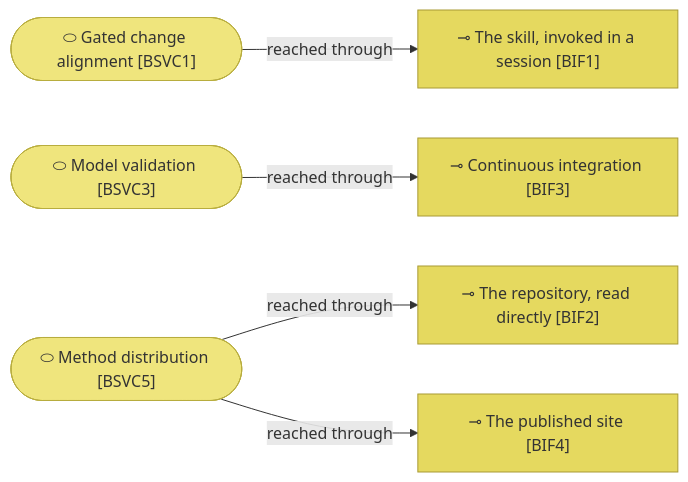
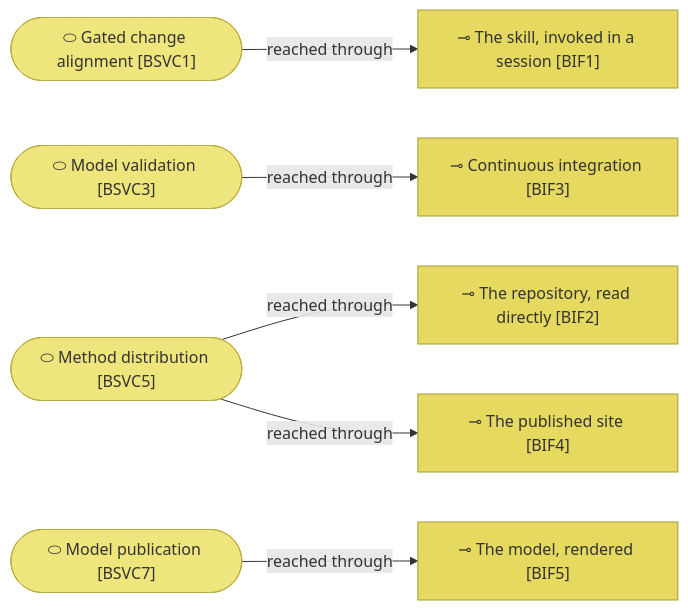
One commit to roanboc/architecture-archreator changed the third of 3 diagrams in product-archreator/architecture/2_business/2_business-services.md. Above: the diagram before and after it, drawn with Mermaid. The commit also changed other lines of this file and 9 other files, not shown here.

````diff
--- a/product-archreator/architecture/2_business/2_business-services.md
+++ b/product-archreator/architecture/2_business/2_business-services.md
@@ -84,19 +88,22 @@
 ```mermaid
 flowchart LR
   bif1["⊸ The skill, invoked in a session [BIF1]"]:::interface
   bif2["⊸ The repository, read directly [BIF2]"]:::interface
   bif3["⊸ Continuous integration [BIF3]"]:::interface
   bif4["⊸ The published site [BIF4]"]:::interface
+  bif5["⊸ The model, rendered [BIF5]"]:::interface
 
   bsvc1(["⬭ Gated change alignment [BSVC1]"]):::service
   bsvc3(["⬭ Model validation [BSVC3]"]):::service
   bsvc5(["⬭ Method distribution [BSVC5]"]):::service
+  bsvc7(["⬭ Model publication [BSVC7]"]):::service
 
   bsvc1 -->|reached through| bif1
   bsvc3 -->|reached through| bif3
   bsvc5 -->|reached through| bif2
   bsvc5 -->|reached through| bif4
+  bsvc7 -->|reached through| bif5
 
   classDef service fill:#efe57d,stroke:#b8ad3f,color:#333
   classDef interface fill:#e5d95f,stroke:#a89a34,color:#333
 ```
````
